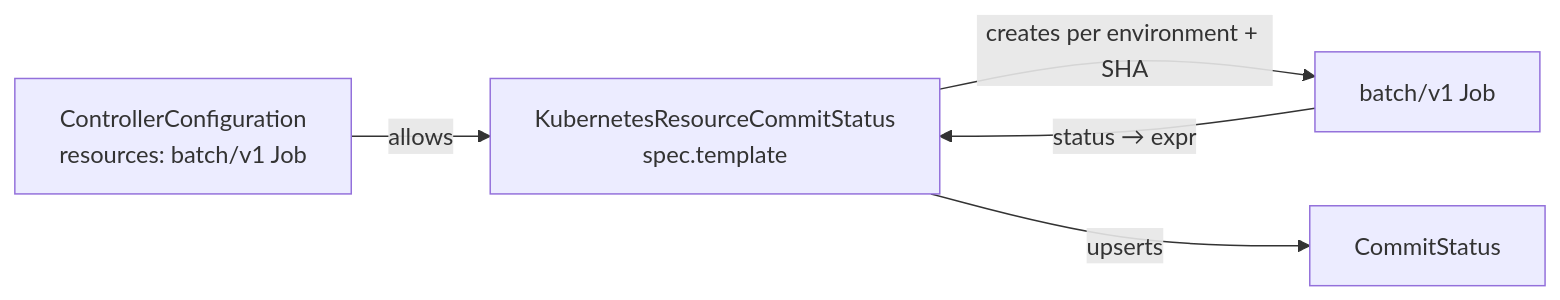
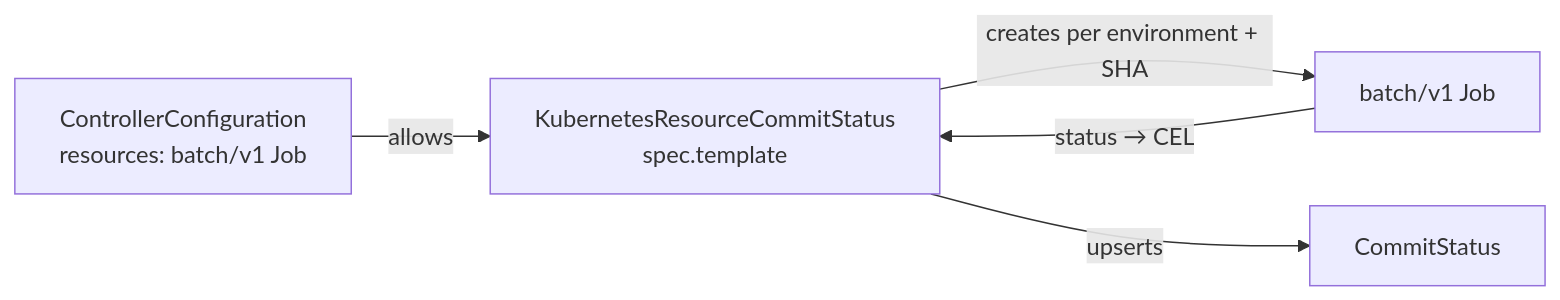
One commit to argoproj-labs/gitops-promoter changed the diagram in docs/gating-promotions/built-in-gates/kubernetes-resource-commit-status.md. Above: the diagram before and after it, drawn with Mermaid. The commit also changed other lines of this file and 27 other files, not shown here.

First line of the commit message:
feat(krcs): CEL alternative: typed ${ } expressions checked against the kind's schema

````diff
--- a/docs/gating-promotions/built-in-gates/kubernetes-resource-commit-status.md
+++ b/docs/gating-promotions/built-in-gates/kubernetes-resource-commit-status.md
@@ -20,7 +23,7 @@
 ```mermaid
 flowchart LR
   CC[ControllerConfiguration<br/>resources: batch/v1 Job] -->|allows| G
   G[KubernetesResourceCommitStatus<br/>spec.template] -->|creates per environment + SHA| J[batch/v1 Job]
-  J -->|status → expr| G
+  J -->|status → CEL| G
   G -->|upserts| CS[CommitStatus]
 ```
````
